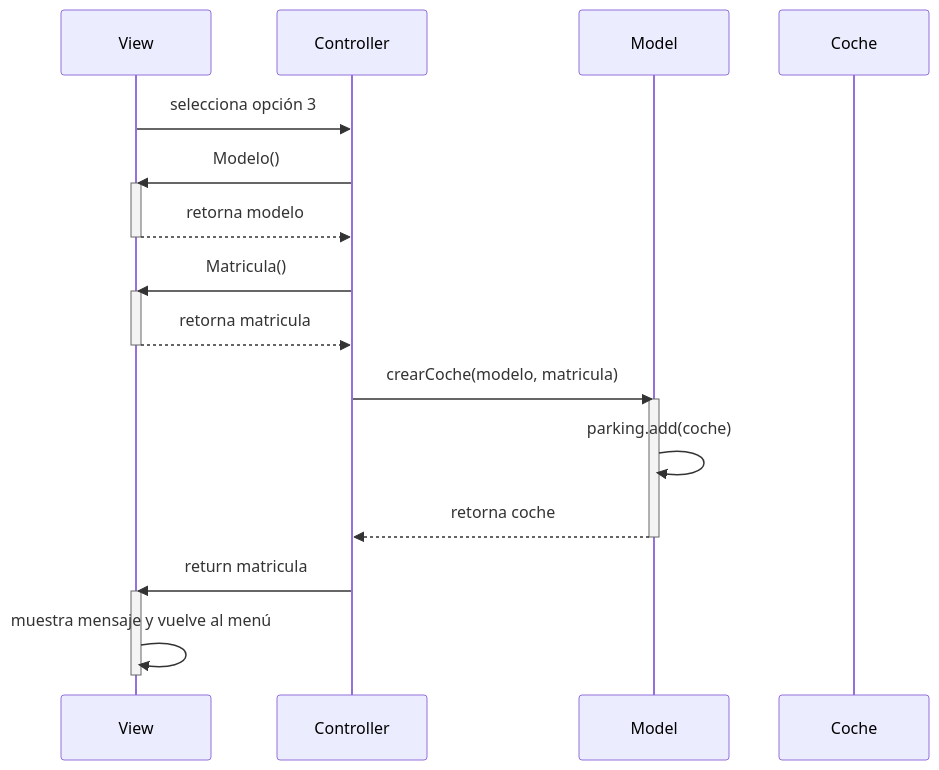
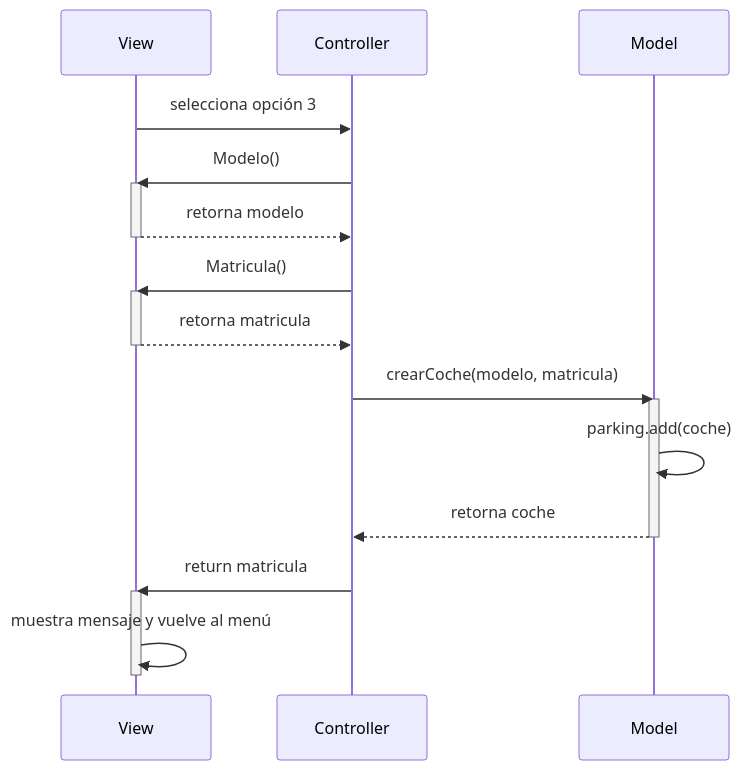
One commit to shermidagre/COD changed the second of 2 diagrams in Readme.md. Above: the diagram before and after it, drawn with Mermaid.

Commit message:
cambios en el modelo de secuencia

````diff
--- a/Readme.md
+++ b/Readme.md
@@ -37,29 +37,28 @@
 ```mermaid
 sequenceDiagram
 participant View
 participant Controller
 participant Model
-participant Coche
 
     View->>Controller: selecciona opción 3
     Controller->>View: Modelo()
     activate View
     View-->>Controller: retorna modelo
     deactivate View
     
     Controller->>View: Matricula()
     activate View
     View-->>Controller: retorna matricula
     deactivate View
     
     Controller->>Model: crearCoche(modelo, matricula)
     activate Model
     Model->>Model: parking.add(coche)
     Model-->>Controller: retorna coche
     deactivate Model
     
     Controller->>View: return matricula
     activate View
     View->>View: muestra mensaje y vuelve al menú
     deactivate View
 ```
````
